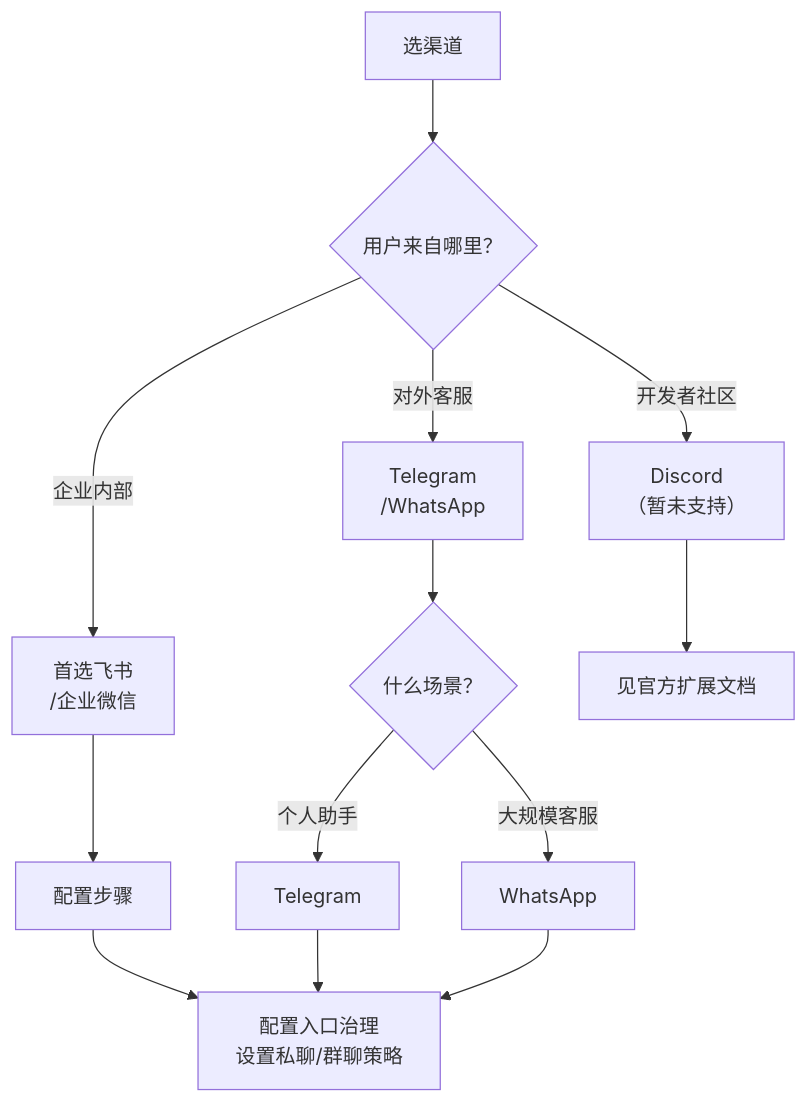
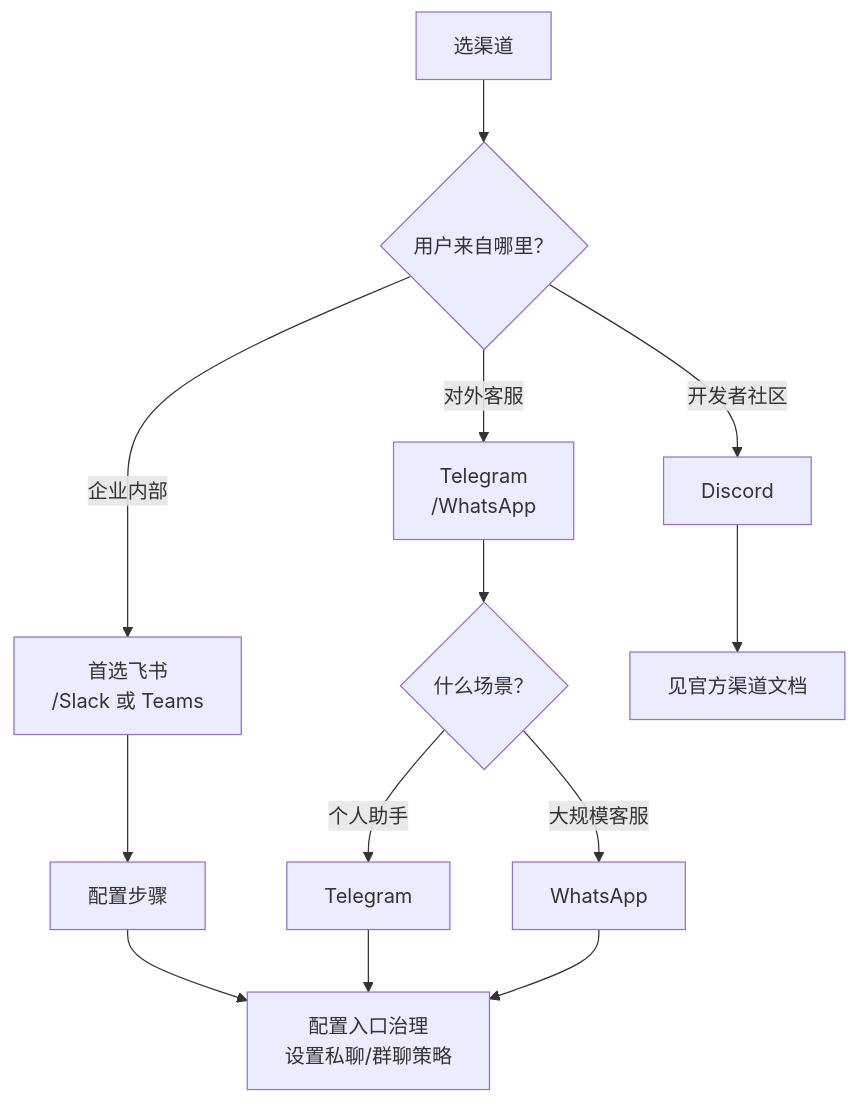
The diagram in 07_multi_agent/7.1_telegram_whatsapp.md (yeasy/openclaw_guide), drawn with Mermaid before and after one commit. The commit also changed other lines of this file and 89 other files, not shown here.

````diff
--- a/07_multi_agent/7.1_telegram_whatsapp.md
+++ b/07_multi_agent/7.1_telegram_whatsapp.md
@@ -9,18 +9,18 @@
 ```mermaid
 flowchart TD
   Start["选渠道"] --> Q1{"用户来自哪里？"}
-  Q1 -->|"企业内部"| A["首选飞书<br/>/企业微信"]
+  Q1 -->|"企业内部"| A["首选飞书<br/>/Slack 或 Teams"]
   Q1 -->|"对外客服"| B["Telegram<br/>/WhatsApp"]
-  Q1 -->|"开发者社区"| C["Discord<br/>（暂未支持）"]
+  Q1 -->|"开发者社区"| C["Discord"]
 
   A --> Config["配置步骤"]
   B --> Q2{"什么场景？"}
   Q2 -->|"个人助手"| D["Telegram"]
   Q2 -->|"大规模客服"| E["WhatsApp"]
 
-  C --> Docs["见官方扩展文档"]
+  C --> Docs["见官方渠道文档"]
 
   Config --> Approval["配置入口治理<br/>设置私聊/群聊策略"]
   D --> Approval
   E --> Approval
 ```
````
